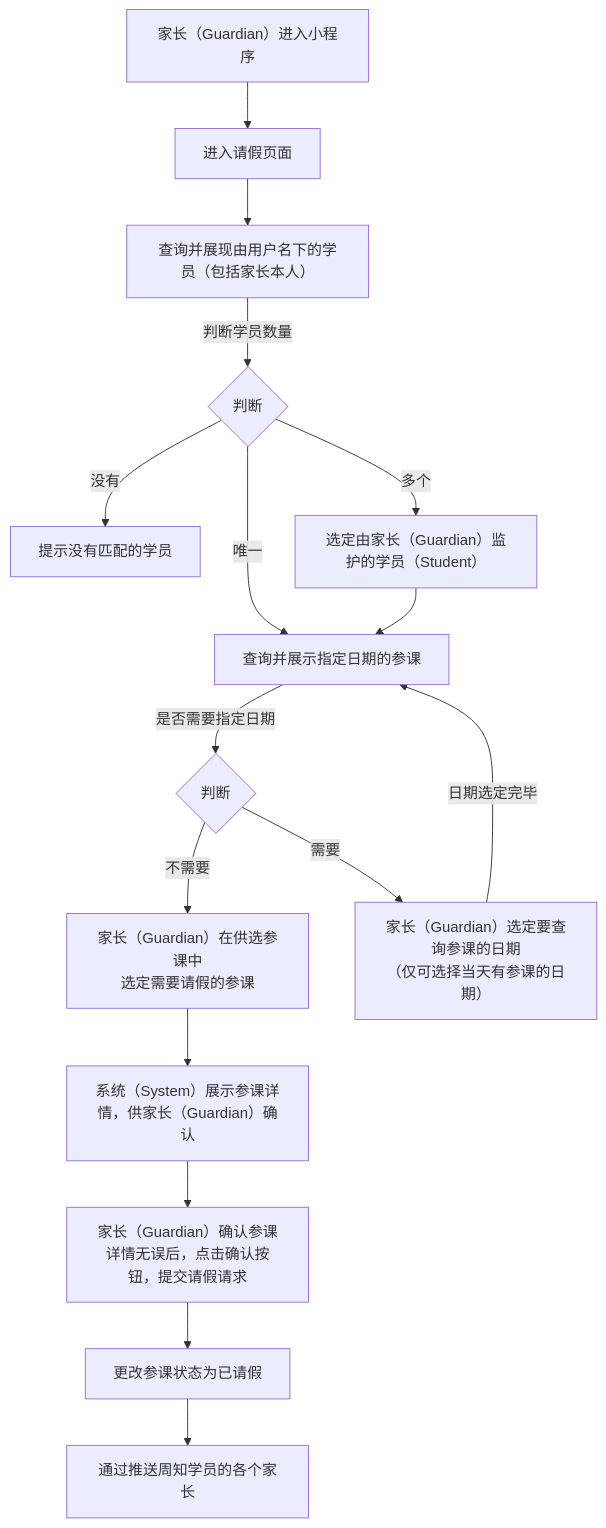
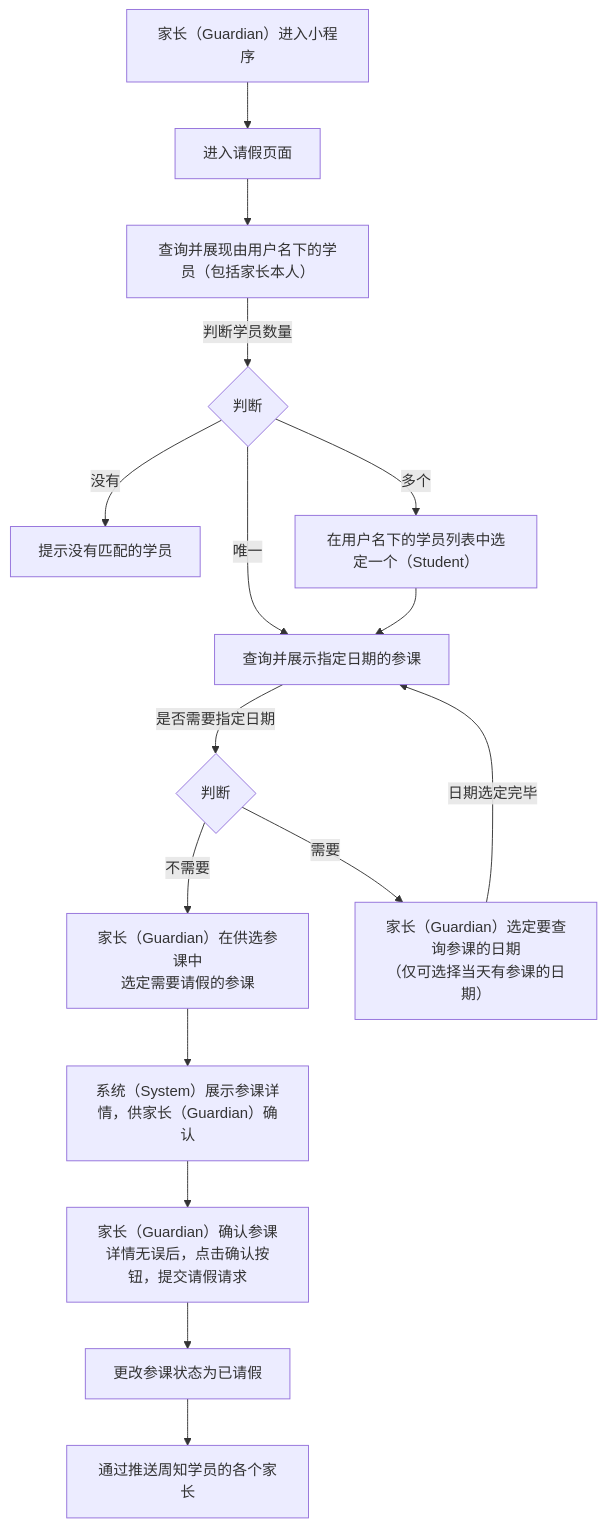
Before and after one commit to world-wide-web/sign: the diagram in 用例/请假.md, drawn with Mermaid. The commit also changed other lines of this file, not shown here.

````diff
--- a/用例/请假.md
+++ b/用例/请假.md
@@ -7,52 +7,52 @@
 ```mermaid
 graph TD
 
 进入小程序-->进入请假页面
 
 进入请假页面-->查询并展现由用户名下的学员
 
 查询并展现由用户名下的学员--判断学员数量-->判断学员数量
 
 判断学员数量--没有-->提示没有匹配的学员
 
 判断学员数量--唯一-->查询并展示指定日期的参课
 
 判断学员数量--多个-->选定学员
 
 选定学员-->查询并展示指定日期的参课
 
 查询并展示指定日期的参课--是否需要指定日期-->决定是否需要指定日期
 
 决定是否需要指定日期--不需要-->选定参课
 
 决定是否需要指定日期--需要-->选定日期
 
 选定日期--日期选定完毕-->查询并展示指定日期的参课
 
 选定参课-->展示参课详情
 
 展示参课详情-->提交请假请求
 
 提交请假请求-->更改参课状态为已请假
 
 更改参课状态为已请假-->通过推送周知学员的各个家长
 
 进入小程序["<center>家长（Guardian）进入小程序</center>"]
 
 查询并展现由用户名下的学员["<center>查询并展现由用户名下的学员（包括家长本人）</center>"]
 
 判断学员数量{"<center>判断</center>"}
 
-选定学员["<center>选定由家长（Guardian）监护的学员（Student）</center>"]
+选定学员["<center>在用户名下的学员列表中选定一个（Student）</center>"]
 
 决定是否需要指定日期{"<center>判断</center>"}
 
 选定日期["<center>家长（Guardian）选定要查询参课的日期<br>（仅可选择当天有参课的日期）</center>"]
 
 选定参课["<center>家长（Guardian）在供选参课中<br>选定需要请假的参课</center>"]
 
 展示参课详情["<center>系统（System）展示参课详情，供家长（Guardian）确认</center>"]
 
 提交请假请求["<center>家长（Guardian）确认参课详情无误后，点击确认按钮，提交请假请求</center>"]
 
 ```
````
